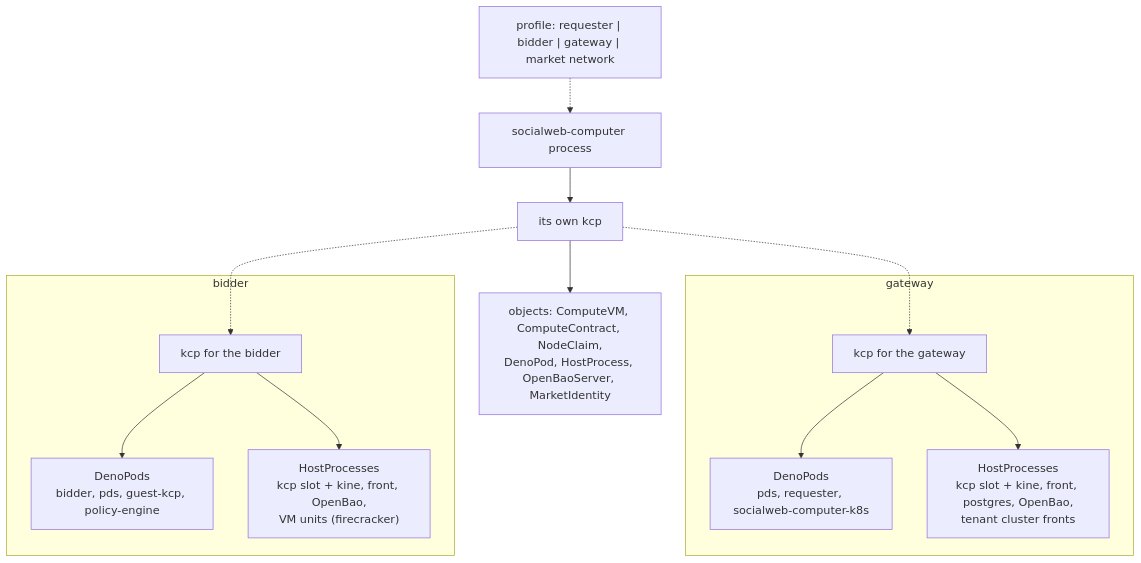
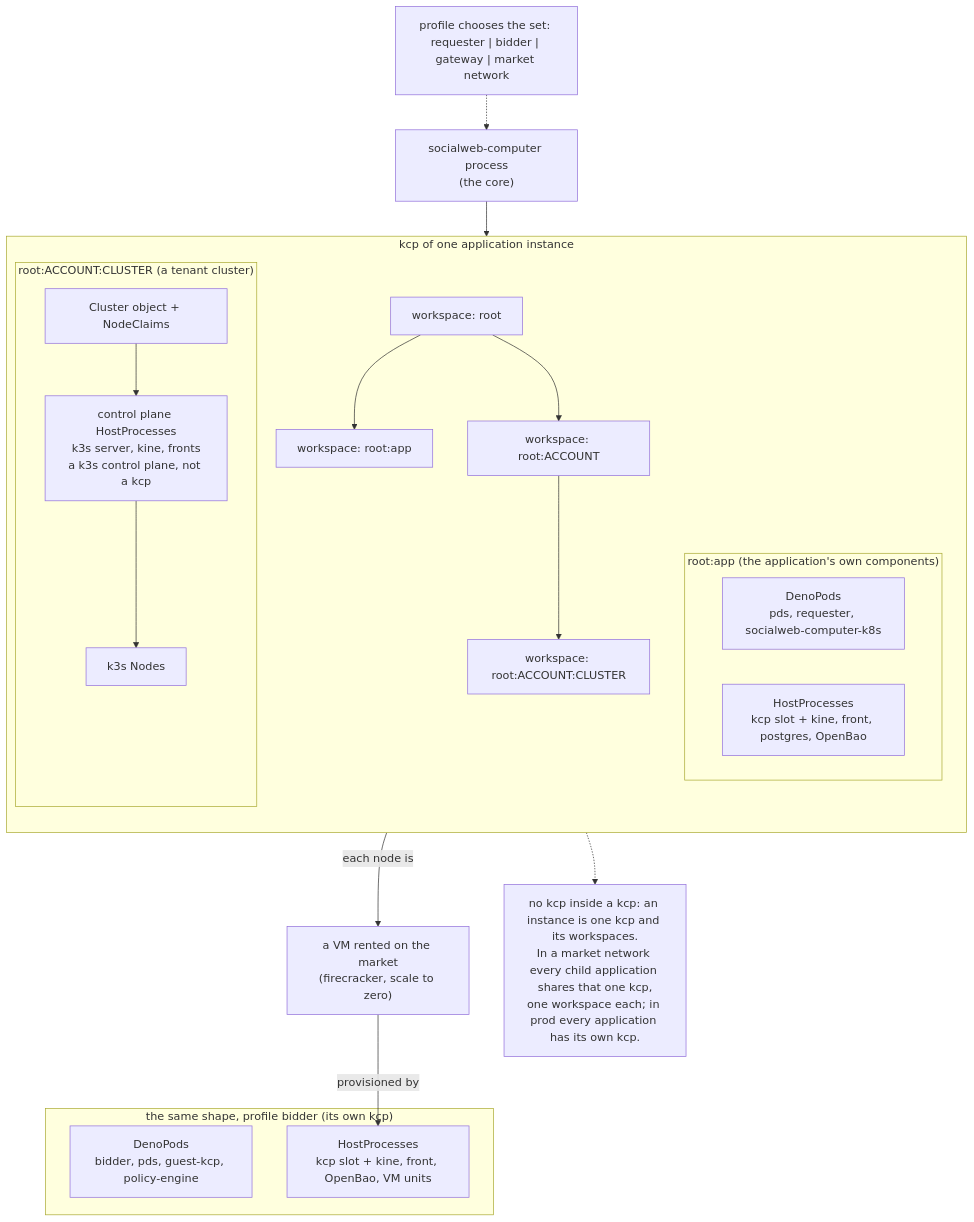
One commit to publicdomainrelay/socialweb-computer-kcp changed the first of 6 diagrams in README.md. Above: the diagram before and after it, drawn with Mermaid.

Commit message:
README: the instance diagram flushes out workspaces, the tenant cluster inside the gateway's kcp, and the no-kcp-inside-kcp rule

````diff
--- a/README.md
+++ b/README.md
@@ -7,21 +7,37 @@
 ```mermaid
 flowchart TD
-  bin["socialweb-computer process"] --> kcp["its own kcp"]
-  kcp --> objs["objects: ComputeVM, ComputeContract, NodeClaim,<br/>DenoPod, HostProcess, OpenBaoServer, MarketIdentity"]
+  bin["socialweb-computer process<br/>(the core)"] --> kcp
 
-  subgraph gw["gateway"]
-    gkcp["kcp for the gateway"]
-    gkcp --> gdp["DenoPods<br/>pds, requester, socialweb-computer-k8s"]
-    gkcp --> ghp["HostProcesses<br/>kcp slot + kine, front, postgres, OpenBao,<br/>tenant cluster fronts"]
+  subgraph kcp["kcp of one application instance"]
+    direction TB
+    wsRoot["workspace: root"]
+    wsApp["workspace: root:app"]
+    wsAcct["workspace: root:ACCOUNT"]
+    wsHome["workspace: root:ACCOUNT:CLUSTER"]
+    wsRoot --> wsApp
+    wsRoot --> wsAcct --> wsHome
+
+    subgraph app["root:app (the application's own components)"]
+      gdp["DenoPods<br/>pds, requester, socialweb-computer-k8s"]
+      ghp["HostProcesses<br/>kcp slot + kine, front, postgres, OpenBao"]
+    end
+
+    subgraph home["root:ACCOUNT:CLUSTER (a tenant cluster)"]
+      cl["Cluster object + NodeClaims"]
+      cp["control plane HostProcesses<br/>k3s server, kine, fronts<br/>a k3s control plane, not a kcp"]
+      nodes["k3s Nodes"]
+      cl --> cp --> nodes
+    end
   end
 
-  subgraph bd["bidder"]
-    bkcp["kcp for the bidder"]
-    bkcp --> bdp["DenoPods<br/>bidder, pds, guest-kcp, policy-engine"]
-    bkcp --> bhp["HostProcesses<br/>kcp slot + kine, front, OpenBao,<br/>VM units (firecracker)"]
+  subgraph bidder["the same shape, profile bidder (its own kcp)"]
+    bdp["DenoPods<br/>bidder, pds, guest-kcp, policy-engine"]
+    bhp["HostProcesses<br/>kcp slot + kine, front, OpenBao, VM units"]
   end
 
-  profile["profile: requester | bidder | gateway | market network"] -.-> bin
-  kcp -.-> gkcp
-  kcp -.-> bkcp
+  nodes -->|each node is| vm["a VM rented on the market<br/>(firecracker, scale to zero)"]
+  vm -->|provisioned by| bhp
+  profile["profile chooses the set: requester | bidder | gateway | market network"] -.-> bin
+  note["no kcp inside a kcp: an instance is one kcp and its workspaces.<br/>In a market network every child application shares that one kcp,<br/>one workspace each; in prod every application has its own kcp."]
+  kcp -.-> note
 ```
````
